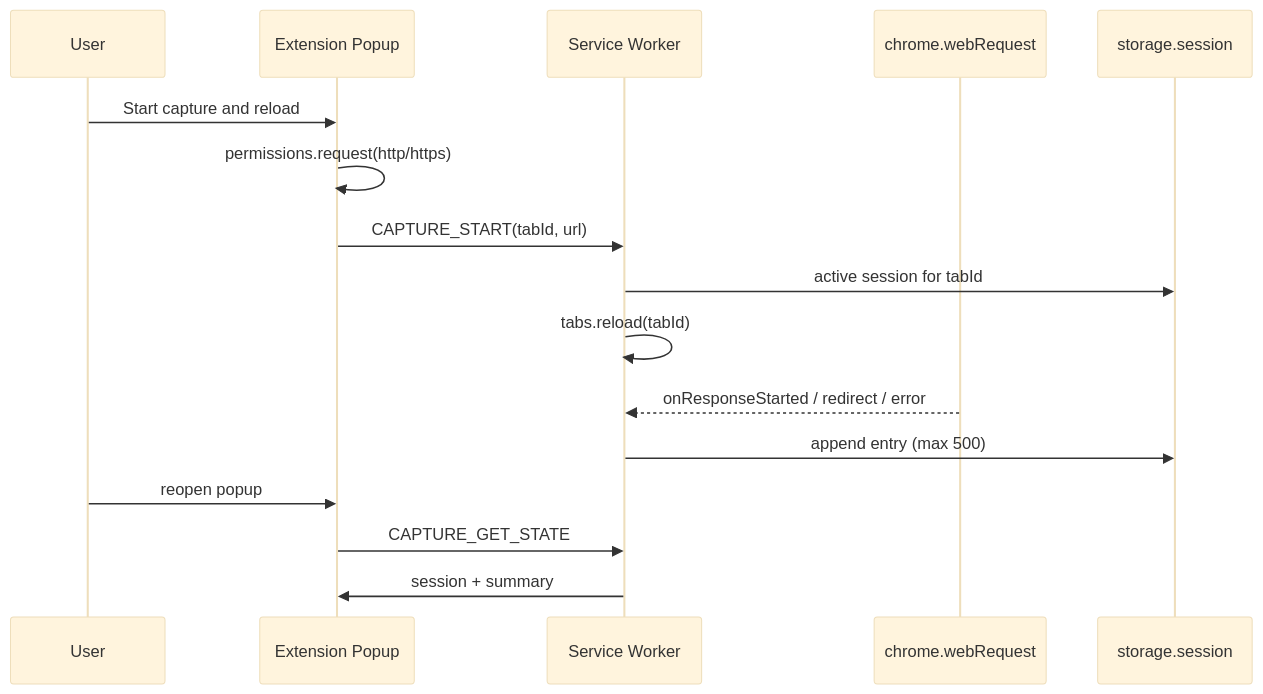
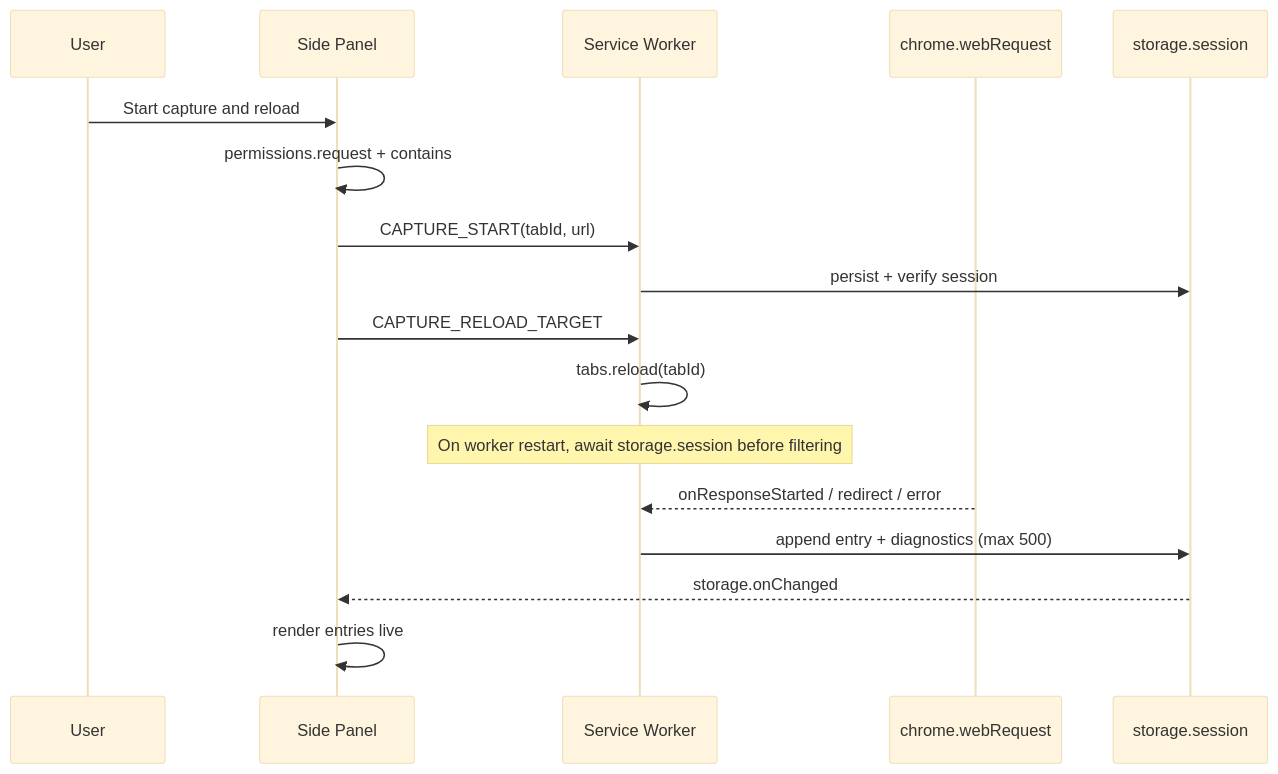
One commit to FreemanDan/vpn-route-inspector changed the second of 3 diagrams in docs/architecture.md. Above: the diagram before and after it, drawn with Mermaid (base theme). The commit also changed other lines of this file and 11 other files, not shown here.

First line of the commit message:
Enhance Milestone 2: Transition to Chrome Side Panel for active-tab response capture

````diff
--- a/docs/architecture.md
+++ b/docs/architecture.md
@@ -31,19 +31,20 @@
 ```mermaid
 sequenceDiagram
     participant User
-    participant Popup as Extension Popup
+    participant Panel as Side Panel
     participant SW as Service Worker
     participant WR as chrome.webRequest
     participant Store as storage.session
 
-    User->>Popup: Start capture and reload
-    Popup->>Popup: permissions.request(http/https)
-    Popup->>SW: CAPTURE_START(tabId, url)
-    SW->>Store: active session for tabId
+    User->>Panel: Start capture and reload
+    Panel->>Panel: permissions.request + contains
+    Panel->>SW: CAPTURE_START(tabId, url)
+    SW->>Store: persist + verify session
+    Panel->>SW: CAPTURE_RELOAD_TARGET
     SW->>SW: tabs.reload(tabId)
+    Note over SW: On worker restart, await storage.session before filtering
     WR-->>SW: onResponseStarted / redirect / error
-    SW->>Store: append entry (max 500)
-    User->>Popup: reopen popup
-    Popup->>SW: CAPTURE_GET_STATE
-    SW->>Popup: session + summary
+    SW->>Store: append entry + diagnostics (max 500)
+    Store-->>Panel: storage.onChanged
+    Panel->>Panel: render entries live
 ```
````
